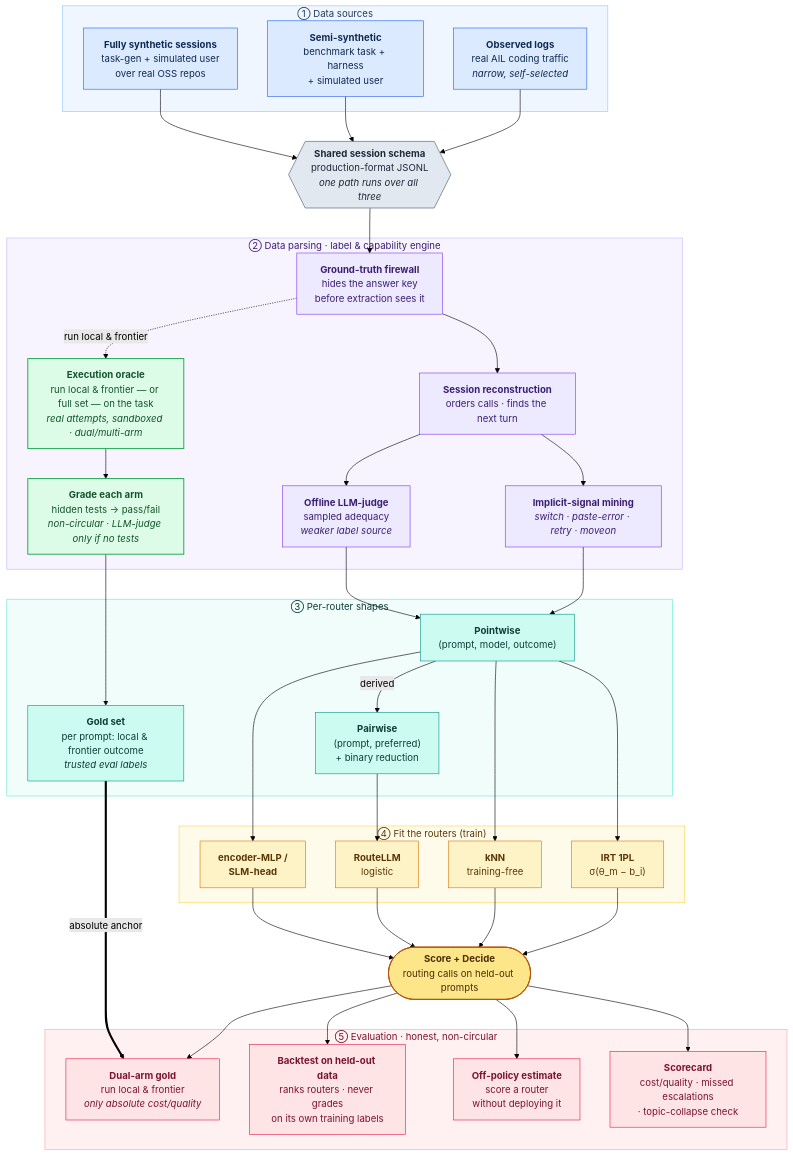
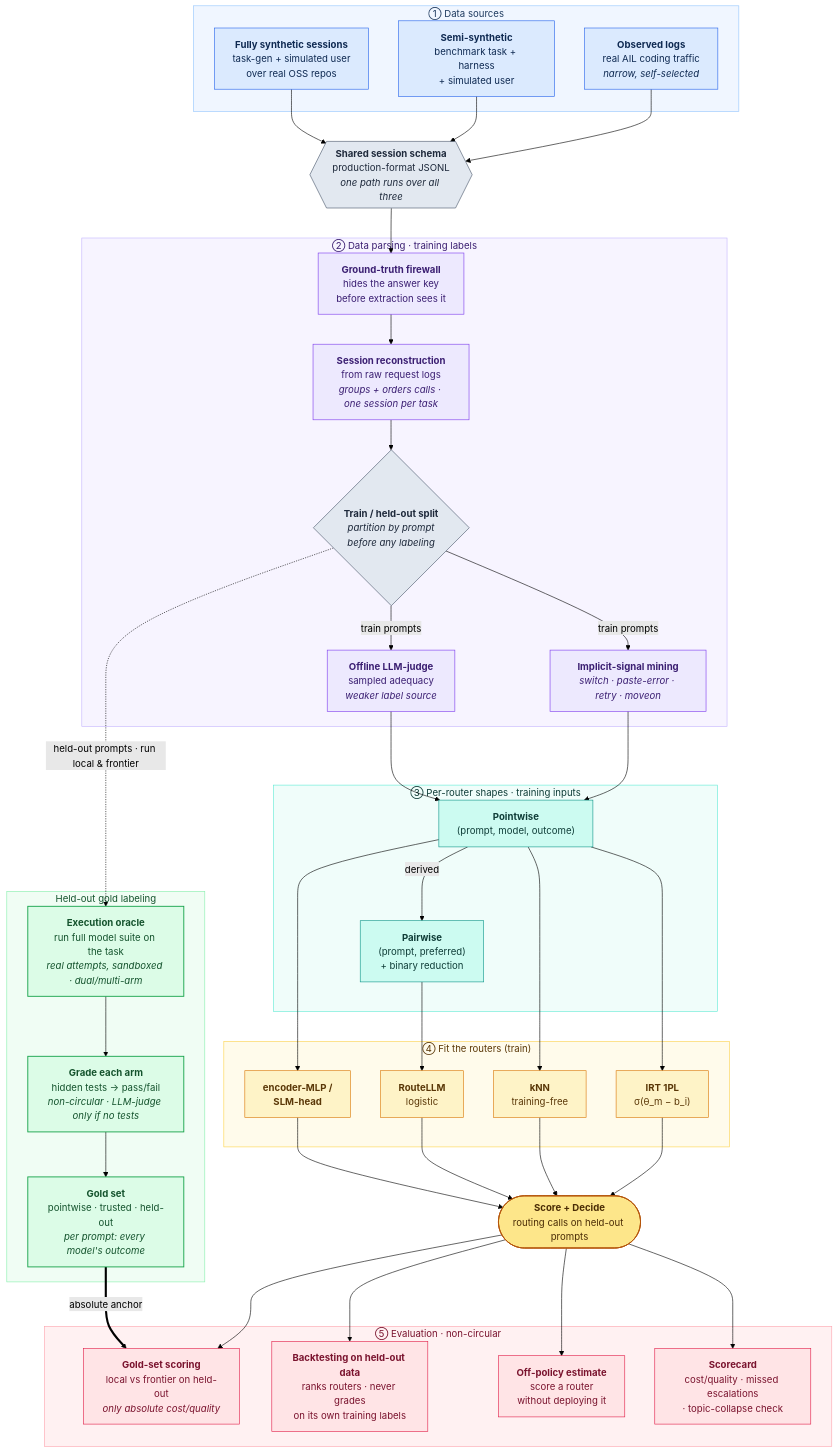
Before and after one commit to akshayirudayaraj/ail-auto-router-poc: the third of 3 diagrams in ROUTER_BRAINSTORM.md, drawn with Mermaid (forest theme). The commit also changed other lines of this file, not shown here.

````diff
--- a/ROUTER_BRAINSTORM.md
+++ b/ROUTER_BRAINSTORM.md
@@ -284,31 +286,26 @@
     BENCH --> SCHEMA
     SYN --> SCHEMA
 
-    %% ========== ② Data parsing — label & capability engine ==========
-    subgraph S2["② Data parsing · label &amp; capability engine"]
+    %% ========== ② Data parsing — training labels ==========
+    subgraph S2["② Data parsing · training labels"]
         FIRE["<b>Ground-truth firewall</b><br/>hides the answer key<br/>before extraction sees it"]
-        RECON["<b>Session reconstruction</b><br/>orders calls · finds the next turn"]
+        RECON["<b>Session reconstruction</b><br/>from raw request logs<br/><i>groups + orders calls · one session per task</i>"]
+        SPLIT{"<b>Train / held-out split</b><br/><i>partition by prompt<br/>before any labeling</i>"}
         IMPLICIT["<b>Implicit-signal mining</b><br/><i>switch · paste-error · retry · moveon</i>"]
         JUDGE["<b>Offline LLM-judge</b><br/>sampled adequacy<br/><i>weaker label source</i>"]
-        ORACLE["<b>Execution oracle</b><br/>run local &amp; frontier — or full set — on the task<br/><i>real attempts, sandboxed · dual/multi-arm</i>"]
-        GRADE["<b>Grade each arm</b><br/>hidden tests → pass/fail<br/><i>non-circular · LLM-judge only if no tests</i>"]
     end
-    SCHEMA --> FIRE --> RECON
-    RECON --> IMPLICIT
-    RECON --> JUDGE
-    FIRE -. "run local &amp; frontier" .-> ORACLE
-    ORACLE --> GRADE
+    SCHEMA --> FIRE --> RECON --> SPLIT
+    SPLIT -- "train prompts" --> IMPLICIT
+    SPLIT -- "train prompts" --> JUDGE
 
-    %% ========== ③ Per-router shape extraction ==========
-    subgraph S3["③ Per-router shapes"]
+    %% ========== ③ Per-router shapes (training inputs) ==========
+    subgraph S3["③ Per-router shapes · training inputs"]
         PW["<b>Pointwise</b><br/>(prompt, model, outcome)"]
         PAIR["<b>Pairwise</b><br/>(prompt, preferred)<br/>+ binary reduction"]
-        GOLD["<b>Gold set</b><br/>per prompt: local &amp; frontier outcome<br/><i>trusted eval labels</i>"]
     end
     IMPLICIT --> PW
     JUDGE --> PW
     PW -- "derived" --> PAIR
-    GRADE --> GOLD
 
     %% ========== ④ Fit the routers (train) ==========
     subgraph S4["④ Fit the routers (train)"]
@@ -328,10 +325,19 @@
     RLLM --> HUB
     SLM --> HUB
 
-    %% ========== ⑤ Evaluation — honest, non-circular ==========
-    subgraph S5["⑤ Evaluation · honest, non-circular"]
-        DARM["<b>Dual-arm gold</b><br/>run local &amp; frontier<br/><i>only absolute cost/quality</i>"]
-        BT["<b>Backtest on held-out data</b><br/>ranks routers · never grades<br/>on its own training labels"]
+    %% ========== gold lane — held-out, execution-graded ==========
+    subgraph GL["Held-out gold labeling"]
+        ORACLE["<b>Execution oracle</b><br/>run full model suite on the task<br/><i>real attempts, sandboxed · dual/multi-arm</i>"]
+        GRADE["<b>Grade each arm</b><br/>hidden tests → pass/fail<br/><i>non-circular · LLM-judge only if no tests</i>"]
+        GOLD["<b>Gold set</b><br/>pointwise · trusted · held-out<br/><i>per prompt: every model's outcome</i>"]
+    end
+    SPLIT -. "held-out prompts · run local &amp; frontier" .-> ORACLE
+    ORACLE --> GRADE --> GOLD
+
+    %% ========== ⑤ Evaluation — non-circular ==========
+    subgraph S5["⑤ Evaluation · non-circular"]
+        DARM["<b>Gold-set scoring</b><br/>local vs frontier on held-out<br/><i>only absolute cost/quality</i>"]
+        BT["<b>Backtesting on held-out data</b><br/>ranks routers · never grades<br/>on its own training labels"]
         OPE["<b>Off-policy estimate</b><br/>score a router<br/>without deploying it"]
         GUARD["<b>Scorecard</b><br/>cost/quality · missed escalations<br/>· topic-collapse check"]
     end
@@ -354,8 +360,9 @@
     class LOGS,BENCH,SYN src;
     class SCHEMA schema;
     class FIRE,RECON,IMPLICIT,JUDGE parse;
-    class ORACLE,GRADE oracle;
-    class PW,PAIR,GOLD shape;
+    class SPLIT schema;
+    class ORACLE,GRADE,GOLD oracle;
+    class PW,PAIR shape;
     class IRT,KNN,RLLM,SLM train;
     class HUB hub;
     class DARM,BT,OPE,GUARD eval;
@@ -365,4 +372,5 @@
     style S3 fill:#f0fdfa,stroke:#5eead4,color:#0f3d38;
     style S4 fill:#fffbeb,stroke:#fcd34d,color:#5a3707;
     style S5 fill:#fff1f2,stroke:#fda4af,color:#7a132e;
+    style GL fill:#f0fdf4,stroke:#86efac,color:#14532d;
 ```
````
